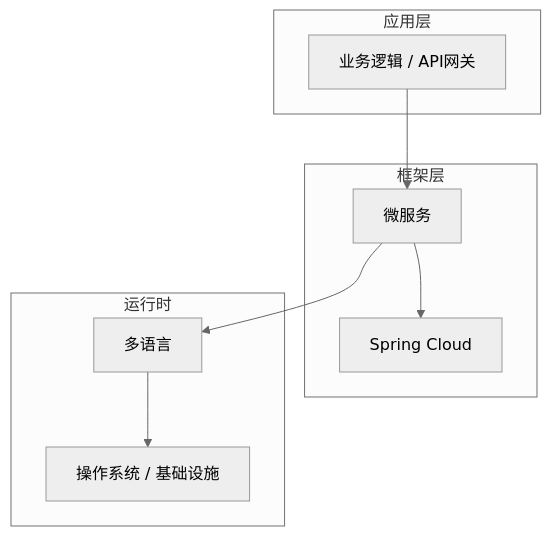
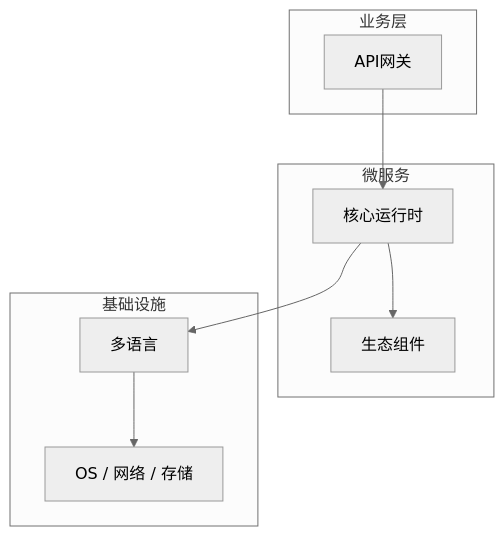
The diagram in articles/微服务架构/chapters/030-API网关核心概念与原理.md (yanggan2015/knowledge-json-v2), drawn with Mermaid (neutral theme) before and after one commit. The commit also changed other lines of this file and 10127 other files, not shown here.

````diff
--- a/articles/微服务架构/chapters/030-API网关核心概念与原理.md
+++ b/articles/微服务架构/chapters/030-API网关核心概念与原理.md
@@ -45,18 +34,18 @@
 ```mermaid
 graph TB
-    subgraph 应用层
-        A[业务逻辑 / API网关]
+    subgraph 业务层
+        A[API网关]
     end
-    subgraph 框架层
-        B[微服务]
-        C[Spring Cloud]
+    subgraph 微服务
+        B[核心运行时]
+        C[生态组件]
     end
-    subgraph 运行时
+    subgraph 基础设施
         D[多语言]
-        E[操作系统 / 基础设施]
+        E[OS / 网络 / 存储]
     end
     A --> B
     B --> C
     B --> D
     D --> E
 ```
````
